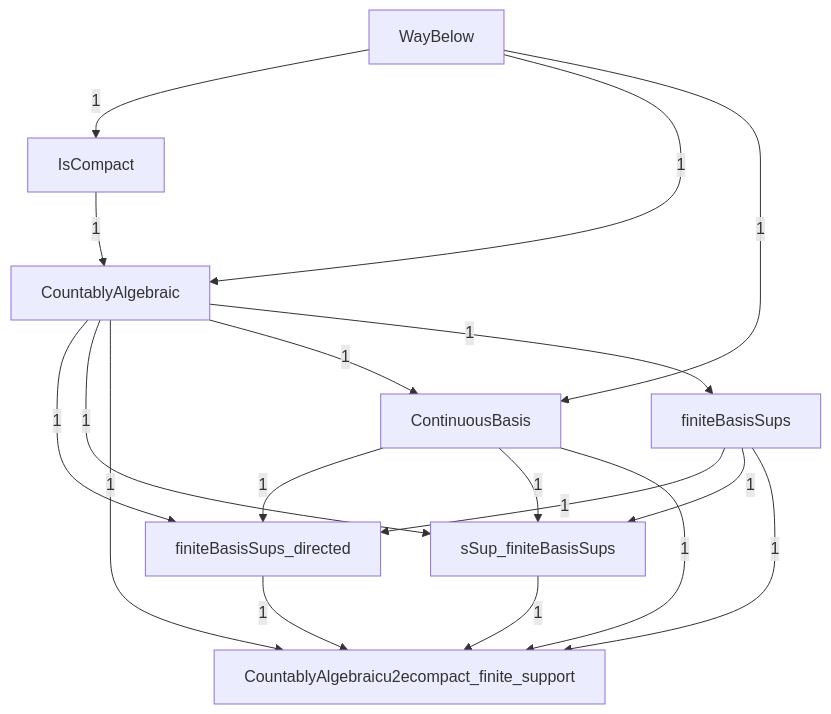
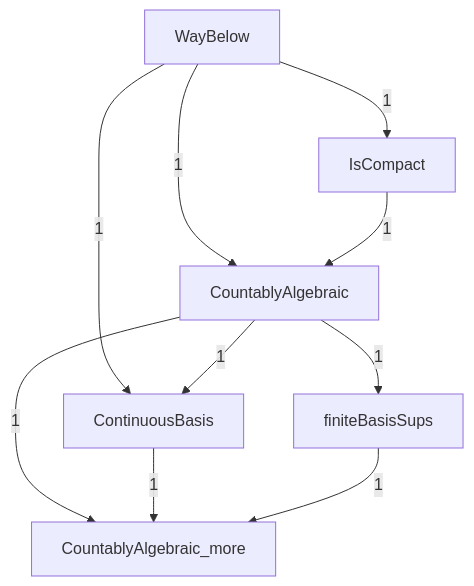
Before and after one commit to catskillsresearch/DomainTheory: the diagram in DomainTheory/DataTypesAsLattices/FixedLattices/FixedLattices.mermaid, drawn with Mermaid. The commit also changed 42 other files, not shown here.

```diff
--- a/DomainTheory/DataTypesAsLattices/FixedLattices/FixedLattices.mermaid
+++ b/DomainTheory/DataTypesAsLattices/FixedLattices/FixedLattices.mermaid
@@ -1,34 +1,24 @@
 %% Inside FixedLattices. A box is one Lean file in this folder, or one subfolder.
 %% A box named as another folder is that whole folder. A box named as another chapter is that whole chapter.
 %% The arrowhead points at the file or folder that imports. The label is how many direct imports.
 flowchart TB
 
   N7["ContinuousBasis"]
   N6["CountablyAlgebraic"]
-  N12["CountablyAlgebraicu2ecompact_finite_support"]
+  CountablyAlgebraic_more["CountablyAlgebraic_more"]
   N8["finiteBasisSups"]
-  N10["finiteBasisSups_directed"]
   N5["IsCompact"]
-  N11["sSup_finiteBasisSups"]
   N4["WayBelow"]
 
-  N6 -->|"1"| N10
-  N7 -->|"1"| N10
-  N8 -->|"1"| N10
-  N6 -->|"1"| N11
-  N7 -->|"1"| N11
-  N8 -->|"1"| N11
-  N10 -->|"1"| N12
-  N11 -->|"1"| N12
-  N6 -->|"1"| N12
-  N7 -->|"1"| N12
-  N8 -->|"1"| N12
+  N6 -->|"1"| CountablyAlgebraic_more
+  N7 -->|"1"| CountablyAlgebraic_more
+  N8 -->|"1"| CountablyAlgebraic_more
   N4 -->|"1"| N5
   N4 -->|"1"| N6
   N5 -->|"1"| N6
   N4 -->|"1"| N7
   N6 -->|"1"| N7
   N6 -->|"1"| N8
 
   classDef file fill:#dbeafe,stroke:#1d4ed8,color:#1e3a8a
   classDef ext fill:#f3f4f6,stroke:#374151,color:#111827
```
